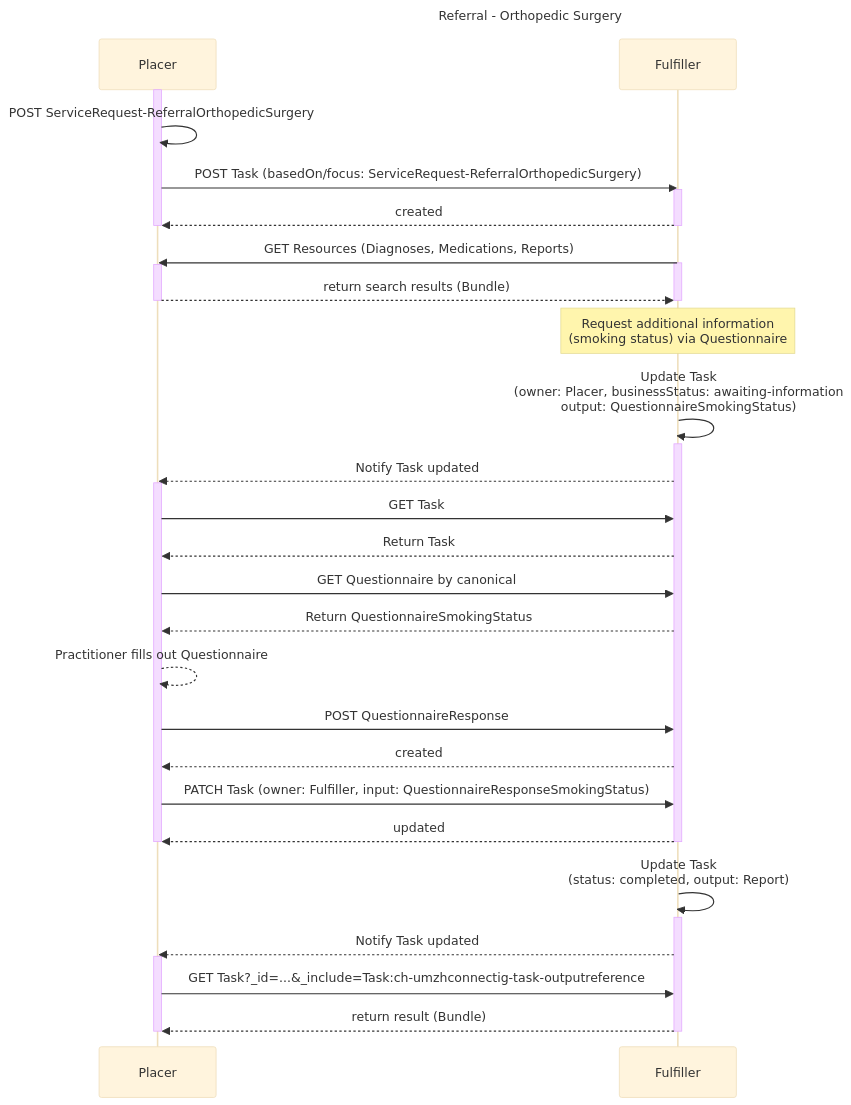
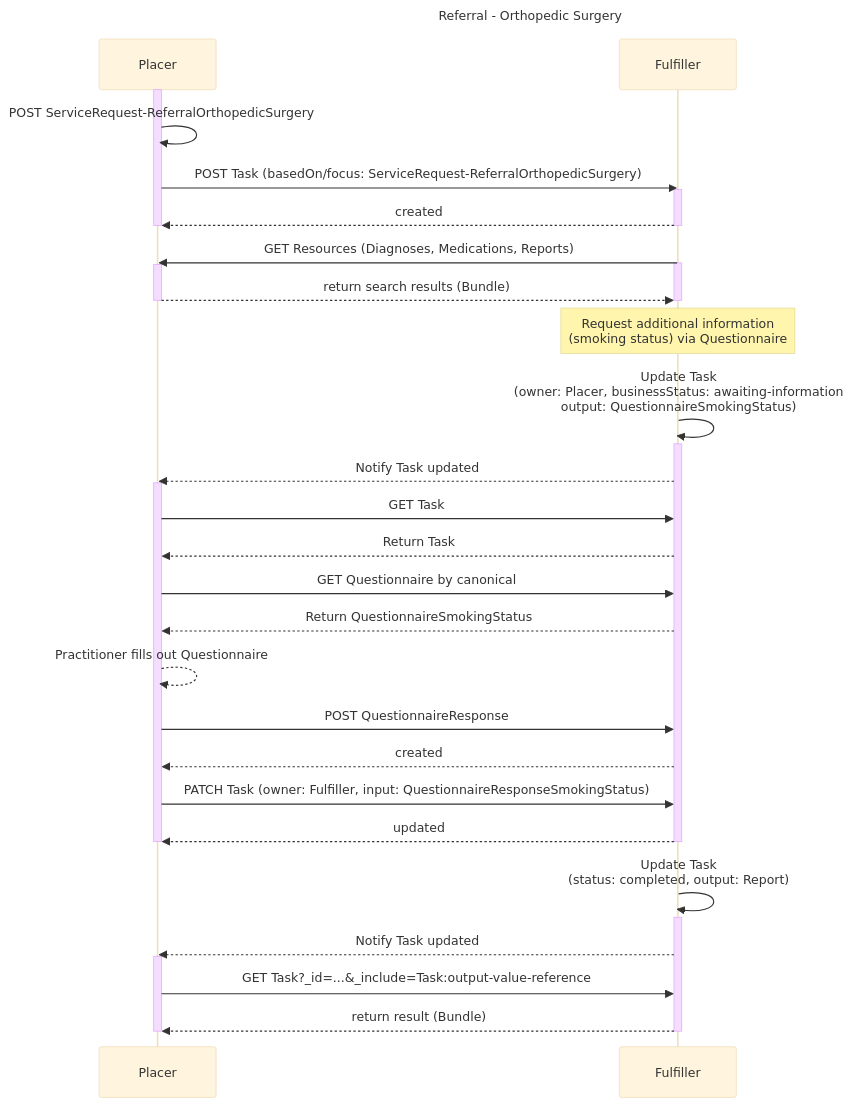
Before and after one commit to umzhconnect/umzhconnect-ig: the diagram in input/pagecontent/usecase-referral-orthopedic.md, drawn with Mermaid (base theme). The commit also changed 6 other files, not shown here.

````diff
--- a/input/pagecontent/usecase-referral-orthopedic.md
+++ b/input/pagecontent/usecase-referral-orthopedic.md
@@ -20,49 +20,49 @@
 ```mermaid
 sequenceDiagram
     title Referral - Orthopedic Surgery
 
     participant Placer as Placer
     participant Fulfiller as Fulfiller
     activate Placer
     Placer->>Placer: POST ServiceRequest-ReferralOrthopedicSurgery
     Placer->>Fulfiller: POST Task (basedOn/focus: ServiceRequest-ReferralOrthopedicSurgery)
     activate Fulfiller
     Fulfiller-->>Placer: created
     deactivate Placer
     deactivate Fulfiller
 
     Fulfiller->>Placer: GET Resources (Diagnoses, Medications, Reports)
     activate Fulfiller
     activate Placer
     Placer-->>Fulfiller: return search results (Bundle)
     deactivate Fulfiller
     deactivate Placer
 
     Note over Fulfiller: Request additional information<br/>(smoking status) via Questionnaire
     Fulfiller->>Fulfiller: Update Task<br/>(owner: Placer, businessStatus: awaiting-information<br/>output: QuestionnaireSmokingStatus)
     activate Fulfiller
     Fulfiller-->>Placer: Notify Task updated
     activate Placer
     Placer->>Fulfiller: GET Task
     Fulfiller-->>Placer: Return Task
     Placer->>Fulfiller: GET Questionnaire by canonical
     Fulfiller-->>Placer: Return QuestionnaireSmokingStatus
     Placer-->>Placer: Practitioner fills out Questionnaire
     Placer->>Fulfiller: POST QuestionnaireResponse
     Fulfiller-->>Placer: created
     Placer->>Fulfiller: PATCH Task (owner: Fulfiller, input: QuestionnaireResponseSmokingStatus)
     Fulfiller-->>Placer: updated
     deactivate Placer
     deactivate Fulfiller
 
     Fulfiller->>Fulfiller: Update Task<br/>(status: completed, output: Report)
     activate Fulfiller
     Fulfiller-->>Placer: Notify Task updated
     activate Placer
-    Placer->> Fulfiller: GET Task?_id=...&_include=Task:ch-umzhconnectig-task-outputreference
+    Placer->> Fulfiller: GET Task?_id=...&_include=Task:output-value-reference
     Fulfiller-->>Placer: return result (Bundle)
     deactivate Placer
     deactivate Fulfiller
 
 
 ```
````
